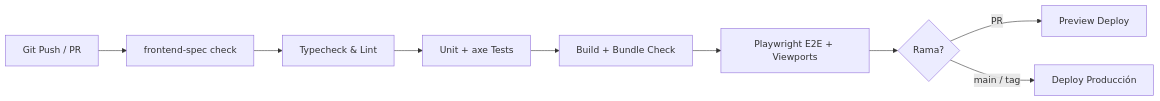
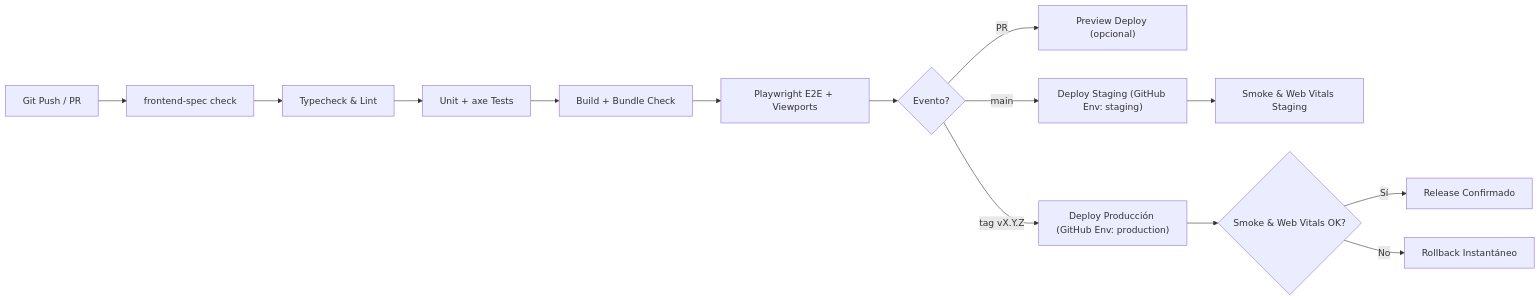
Before and after one commit to cccg8105/frontend-spec: the diagram in templates/.spec/docs/technical/deployment-strategy.md, drawn with Mermaid. The commit also changed other lines of this file and 21 other files, not shown here.

Commit message:
feat(deploy,ci): add deploy skill, --ci github guardrail, env var contracts and Python 3.11/3.13 CI matrix

````diff
--- a/templates/.spec/docs/technical/deployment-strategy.md
+++ b/templates/.spec/docs/technical/deployment-strategy.md
@@ -10,11 +10,16 @@
 ```mermaid
 flowchart LR
     A["Git Push / PR"] --> B["frontend-spec check"]
     B --> C["Typecheck & Lint"]
     C --> D["Unit + axe Tests"]
     D --> E["Build + Bundle Check"]
     E --> F["Playwright E2E + Viewports"]
-    F --> G{"Rama?"}
-    G -->|PR| H["Preview Deploy"]
-    G -->|main / tag| I["Deploy Producción"]
+    F --> G{"Evento?"}
+    G -->|"PR"| H["Preview Deploy (opcional)"]
+    G -->|"main"| I["Deploy Staging (GitHub Env: staging)"]
+    I --> J["Smoke & Web Vitals Staging"]
+    G -->|"tag vX.Y.Z"| K["Deploy Producción (GitHub Env: production)"]
+    K --> L{"Smoke & Web Vitals OK?"}
+    L -- Sí --> M["Release Confirmado"]
+    L -- No --> N["Rollback Instantáneo"]
 ```
````
